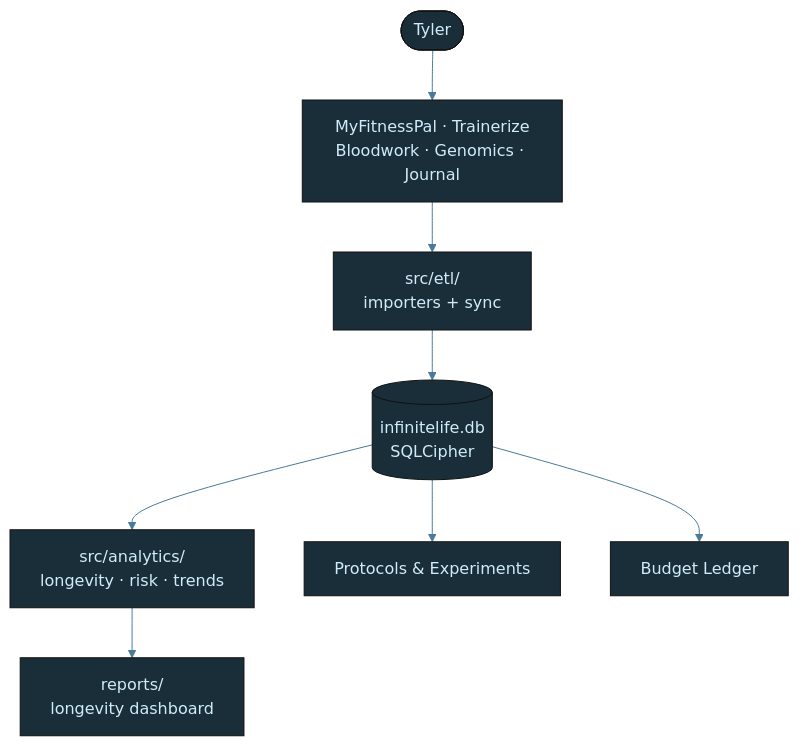
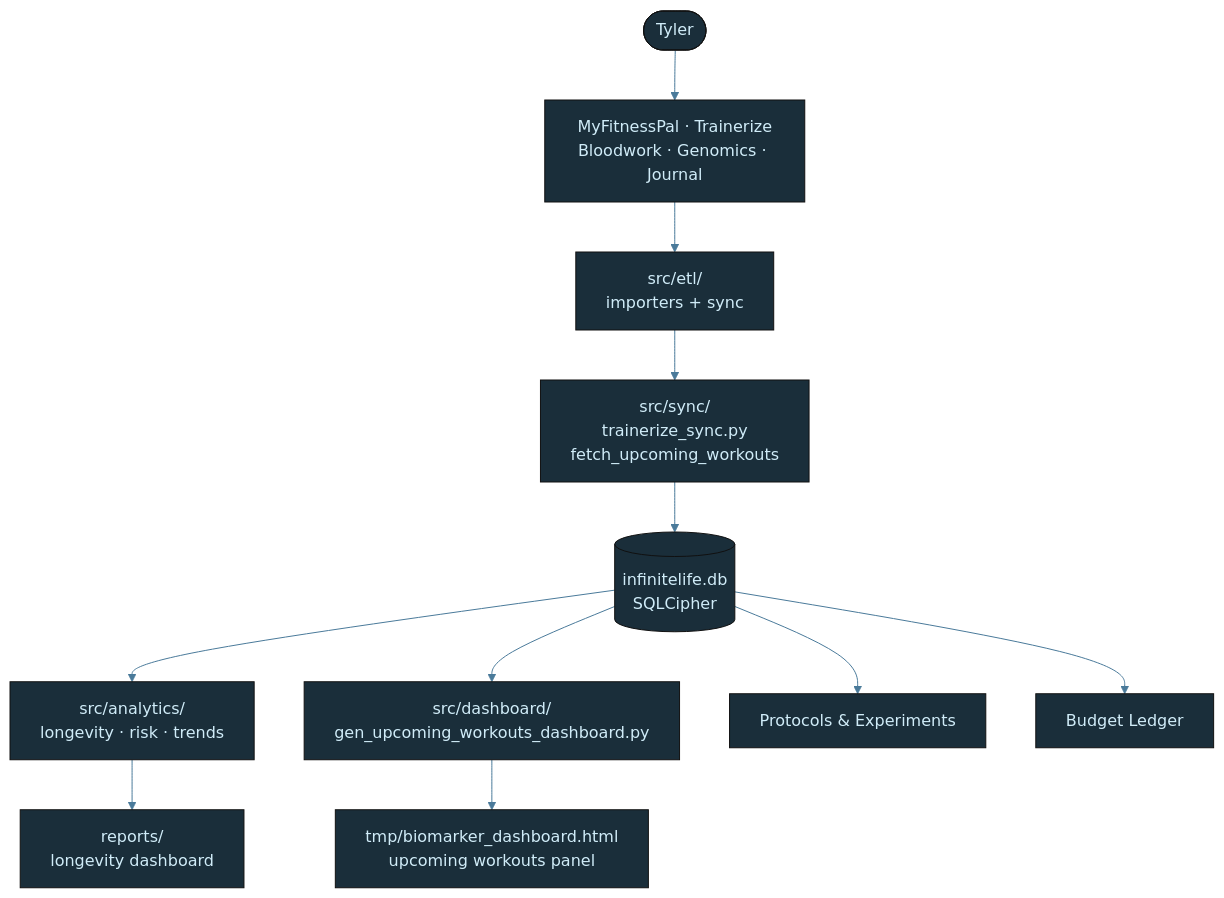
Before and after one commit to tylerdrakemusic/-Workspace: the diagram in diagrams/life-architecture.mmd, drawn with Mermaid. The commit also changed 5 other files, not shown here.

Commit message:
⊕ workspace: diagrams — FR-20260508-upcoming-workouts-dashboard

```diff
--- a/diagrams/life-architecture.mmd
+++ b/diagrams/life-architecture.mmd
@@ -1,21 +1,24 @@
 %%{init: {'theme': 'base', 'themeVariables': {'primaryColor': '#1a2e3a', 'primaryTextColor': '#d0ecf8', 'edgeLabelBackground': '#0f1318', 'lineColor': '#4a7a9a'}}}%%
 graph TB
     Tyler([Tyler]) --> Inputs[MyFitnessPal · Trainerize<br/>Bloodwork · Genomics · Journal]
     Inputs --> ETL[src/etl/<br/>importers + sync]
-    ETL --> DB[(infinitelife.db<br/>SQLCipher)]
+    ETL --> Sync[src/sync/<br/>trainerize_sync.py<br/>fetch_upcoming_workouts]
+    Sync --> DB[(infinitelife.db<br/>SQLCipher)]
     DB --> Analytics[src/analytics/<br/>longevity · risk · trends]
     Analytics --> Reports[reports/<br/>longevity dashboard]
+    DB --> Dashboard[src/dashboard/<br/>gen_upcoming_workouts_dashboard.py]
+    Dashboard --> Output[tmp/biomarker_dashboard.html<br/>upcoming workouts panel]
     DB --> Protocols[Protocols & Experiments]
     DB --> Budget[Budget Ledger]
     class Inputs,Reports io
     class ETL,DB,Analytics,Protocols,Budget core
 
 classDef life     fill:#1a2e3a,stroke:#6ab4d4,color:#d0ecf8
 classDef music    fill:#3a1a24,stroke:#d47a8f,color:#f8d0dc
 classDef quantum  fill:#251a3a,stroke:#a07adf,color:#e8d0f8
 classDef manifest fill:#3a2e1a,stroke:#d4a96a,color:#f8ead0
 classDef ws       fill:#1a3a30,stroke:#6ad4b4,color:#d0f8ee
 classDef tyler    fill:#2a1a3a,stroke:#9e4aff,color:#fff
 classDef ext      fill:#3a2020,stroke:#ff7a7a,color:#ffd0d0
 classDef db       fill:#3a3010,stroke:#d4c050,color:#f8f0c0
 classDef state    fill:#1a1a1a,stroke:#888888,color:#cccccc
```
